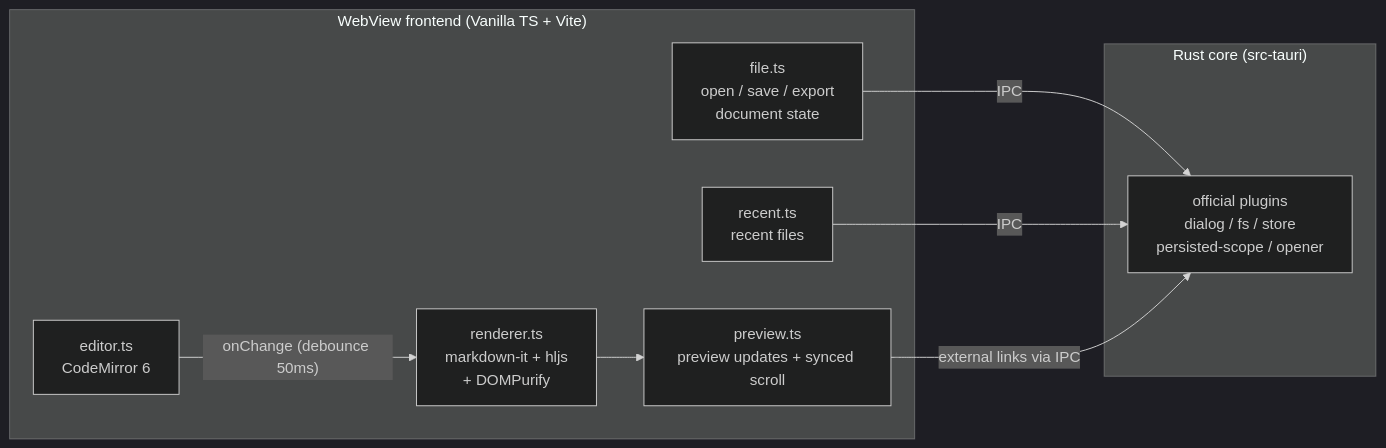
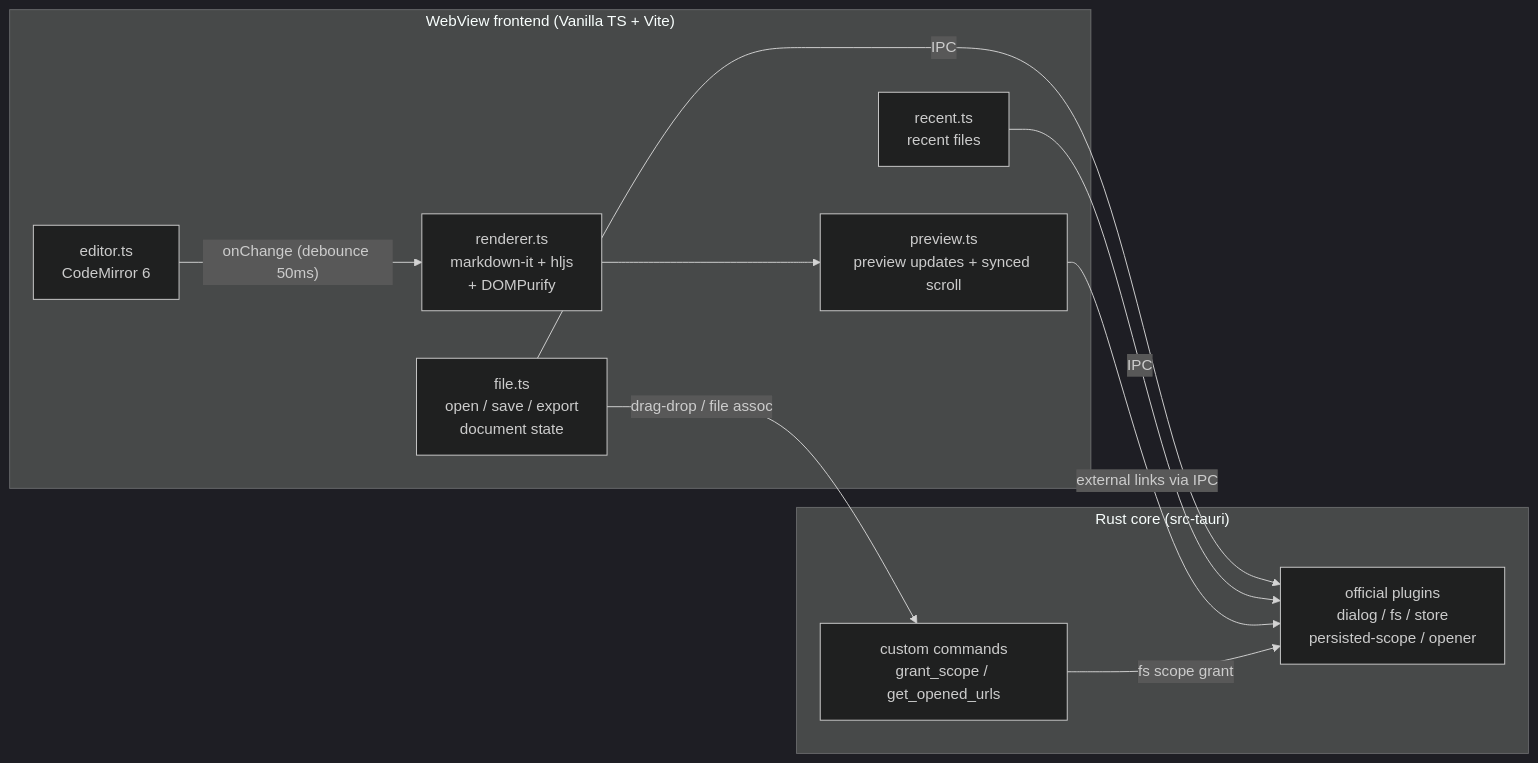
The diagram in README_EN.md (is90057/plume), drawn with Mermaid (dark theme) before and after one commit. The commit also changed other lines of this file and 3 other files, not shown here.

First line of the commit message:
docs: update README for v0.3.0 drag-drop + file association

````diff
--- a/README_EN.md
+++ b/README_EN.md
@@ -27,18 +29,21 @@
 ```mermaid
 flowchart LR
     subgraph Frontend["WebView frontend (Vanilla TS + Vite)"]
         Editor["editor.ts<br/>CodeMirror 6"]
         Renderer["renderer.ts<br/>markdown-it + hljs<br/>+ DOMPurify"]
         Preview["preview.ts<br/>preview updates + synced scroll"]
         File["file.ts<br/>open / save / export<br/>document state"]
         Recent["recent.ts<br/>recent files"]
     end
     subgraph Rust["Rust core (src-tauri)"]
         Plugins["official plugins<br/>dialog / fs / store<br/>persisted-scope / opener"]
+        Commands["custom commands<br/>grant_scope / get_opened_urls"]
     end
     Editor -- "onChange (debounce 50ms)" --> Renderer
     Renderer --> Preview
     File -- IPC --> Plugins
     Recent -- IPC --> Plugins
     Preview -- "external links via IPC" --> Plugins
+    File -- "drag-drop / file assoc" --> Commands
+    Commands -- "fs scope grant" --> Plugins
 ```
````
